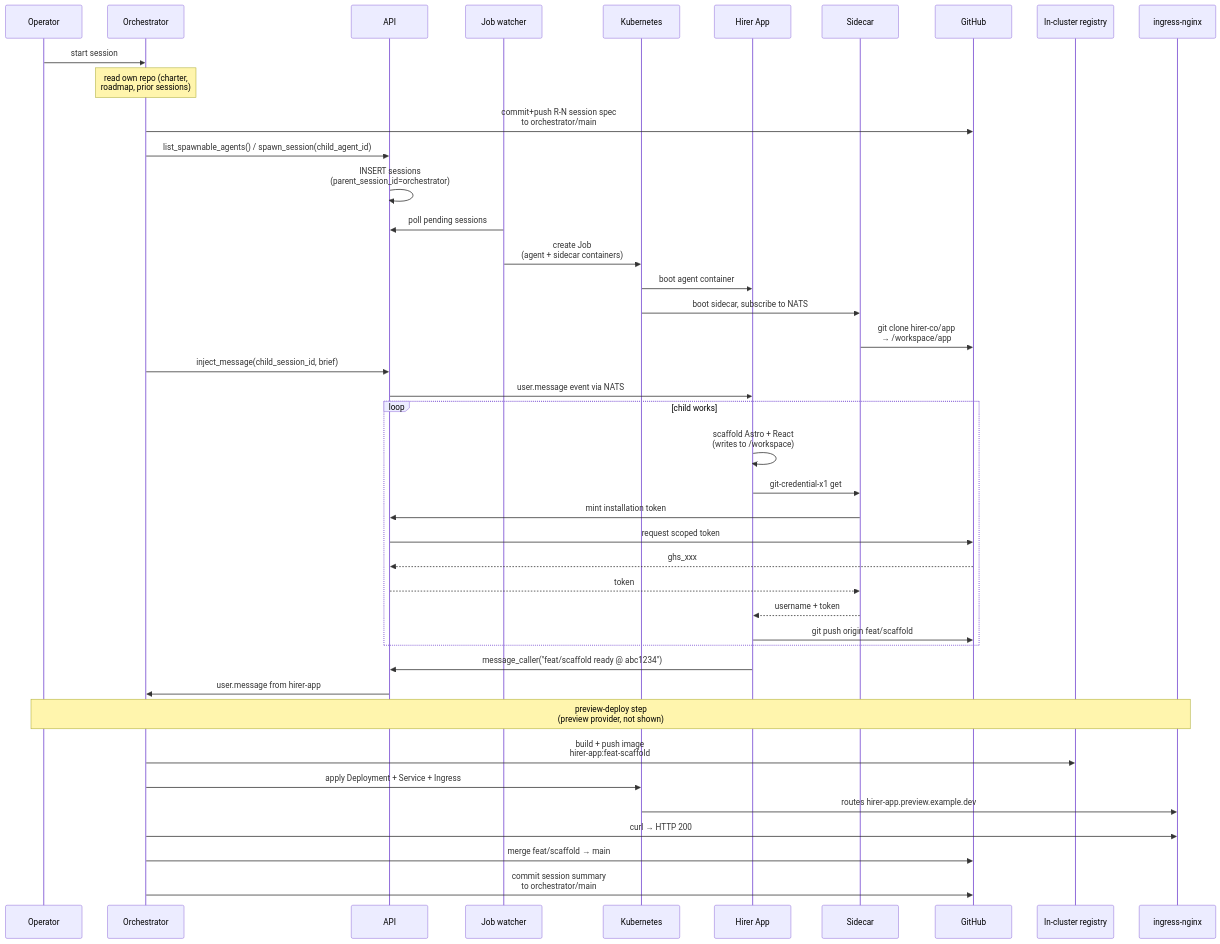
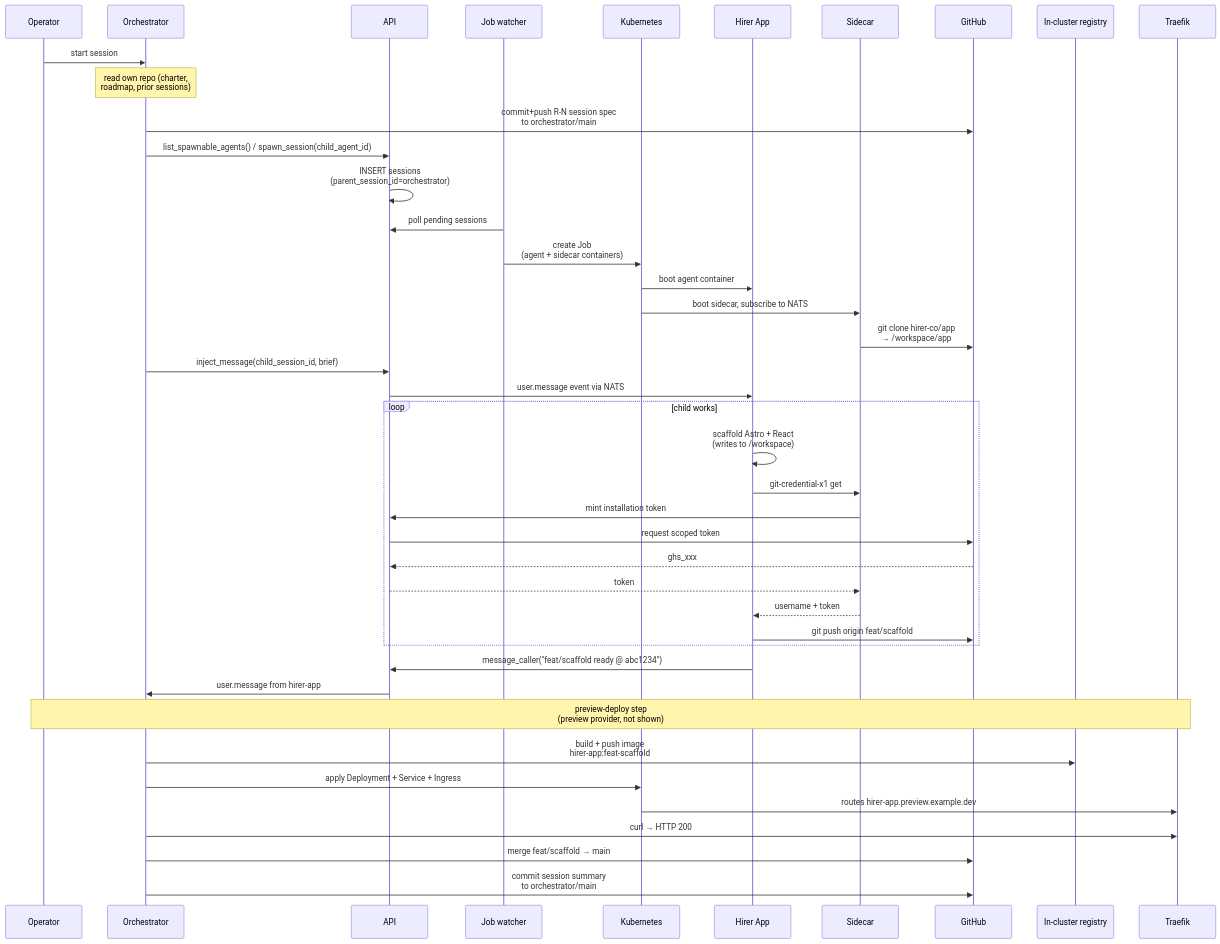
One commit to x1agent/x1agent changed the diagram in docs/src/content/docs/architecture/end-to-end-example.md. Above: the diagram before and after it, drawn with Mermaid. The commit also changed other lines of this file and 19 other files, not shown here.

Commit message:
feat: replace ingress-nginx with traefik (#166)

````diff
--- a/docs/src/content/docs/architecture/end-to-end-example.md
+++ b/docs/src/content/docs/architecture/end-to-end-example.md
@@ -28,45 +28,45 @@
 ```mermaid
 sequenceDiagram
     participant U as Operator
     participant O as Orchestrator
     participant API as API
     participant JW as Job watcher
     participant K as Kubernetes
     participant H as Hirer App
     participant S as Sidecar
     participant GH as GitHub
     participant R as In-cluster registry
-    participant IN as ingress-nginx
+    participant IN as Traefik
 
     U->>O: start session
     Note over O: read own repo (charter,<br/>roadmap, prior sessions)
     O->>GH: commit+push R-N session spec<br/>to orchestrator/main
     O->>API: list_spawnable_agents() / spawn_session(child_agent_id)
     API->>API: INSERT sessions<br/>(parent_session_id=orchestrator)
     JW->>API: poll pending sessions
     JW->>K: create Job<br/>(agent + sidecar containers)
     K->>H: boot agent container
     K->>S: boot sidecar, subscribe to NATS
     S->>GH: git clone hirer-co/app<br/>→ /workspace/app
     O->>API: inject_message(child_session_id, brief)
     API->>H: user.message event via NATS
     loop child works
         H->>H: scaffold Astro + React<br/>(writes to /workspace)
         H->>S: git-credential-x1 get
         S->>API: mint installation token
         API->>GH: request scoped token
         GH-->>API: ghs_xxx
         API-->>S: token
         S-->>H: username + token
         H->>GH: git push origin feat/scaffold
     end
     H->>API: message_caller("feat/scaffold ready @ abc1234")
     API->>O: user.message from hirer-app
     Note over U,IN: preview-deploy step<br/>(preview provider, not shown)
     O->>R: build + push image<br/>hirer-app:feat-scaffold
     O->>K: apply Deployment + Service + Ingress
     K->>IN: routes hirer-app.preview.example.dev
     O->>IN: curl → HTTP 200
     O->>GH: merge feat/scaffold → main
     O->>GH: commit session summary<br/>to orchestrator/main
 ```
````
